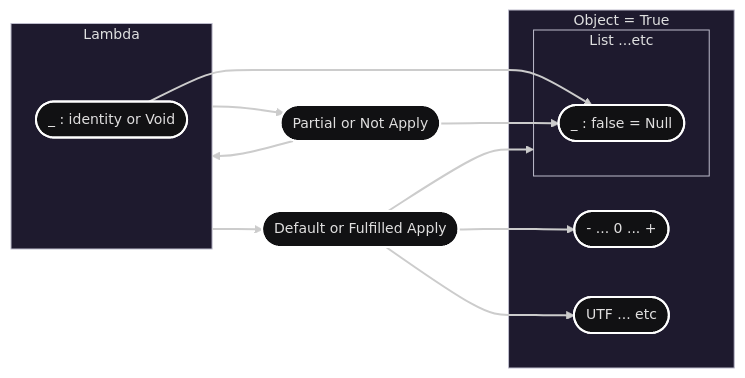
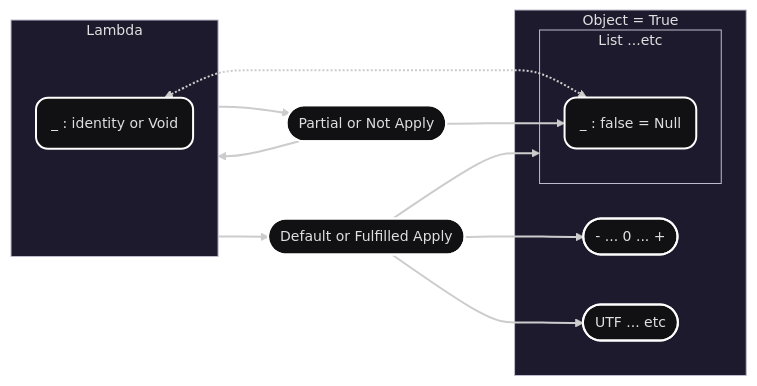
The first of 2 diagrams in README.md (et-key/sign), drawn with Mermaid before and after one commit. The commit also changed other lines of this file, not shown here.

Commit message:
docs: update README for improved formatting and clarity

````diff
--- a/README.md
+++ b/README.md
@@ -31,31 +37,28 @@
 ```mermaid
 ---
 config:
   theme: redux-dark
 ---
 graph LR
 
 subgraph Lambda
-        identity([ _ : identity or Void ])
+        identity( _ : identity or Void )
 end
 
 subgraph Object[ Object = True ]
     Number([ - ... 0 ... +])
     Letter([ UTF ... etc])
+
     subgraph List [ List ...etc ]
-        False([ _ : false = Null])
+        False( _ : false = Null)
     end
 end
 
 Apply([ Default or Fulfilled Apply ])
 Partial([ Partial or Not Apply ])
 
-identity --> False
-Lambda --> Apply
-Lambda --> Partial --> False
-Partial --> Lambda
-
-Apply --> Number
-Apply --> Letter
-Apply --> List
+identity <-.-> False
+Lambda --> Partial & Apply
+Partial --> False & Lambda
+Apply --> List & Number & Letter
 ```
````
